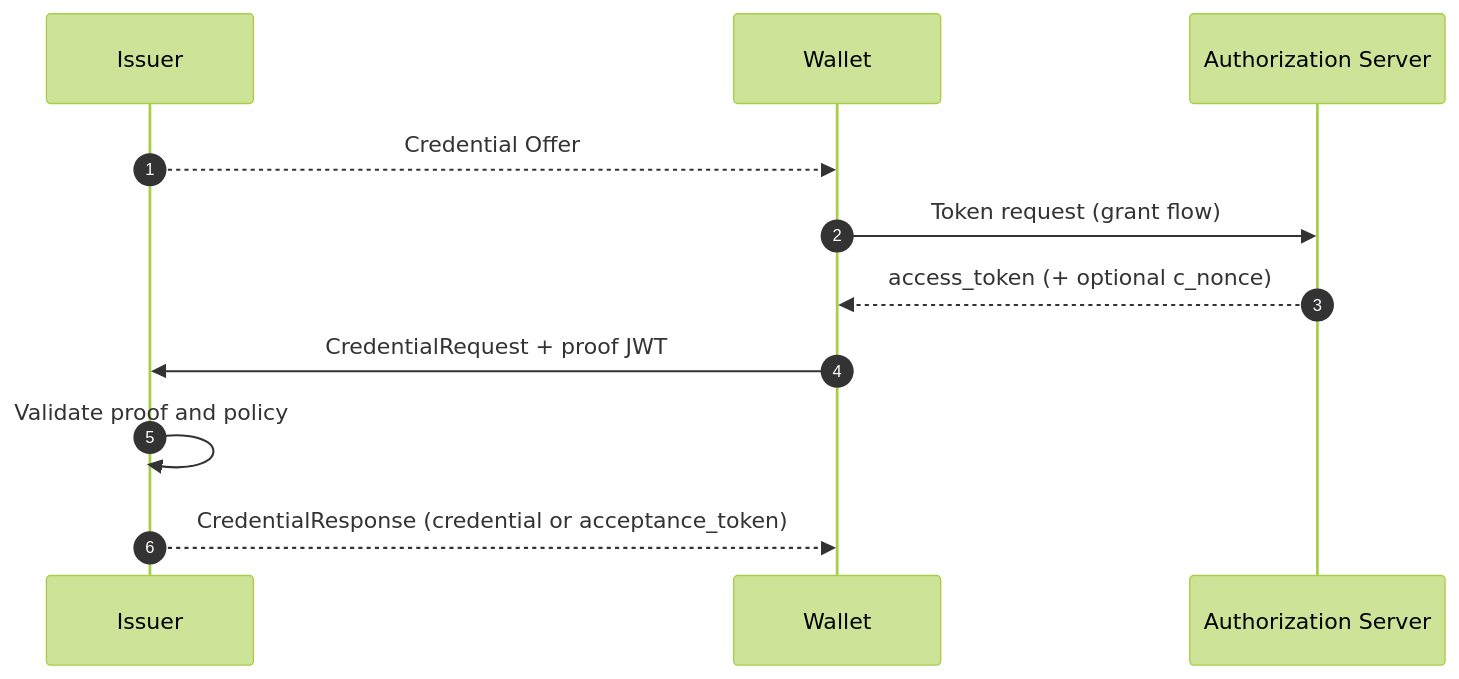
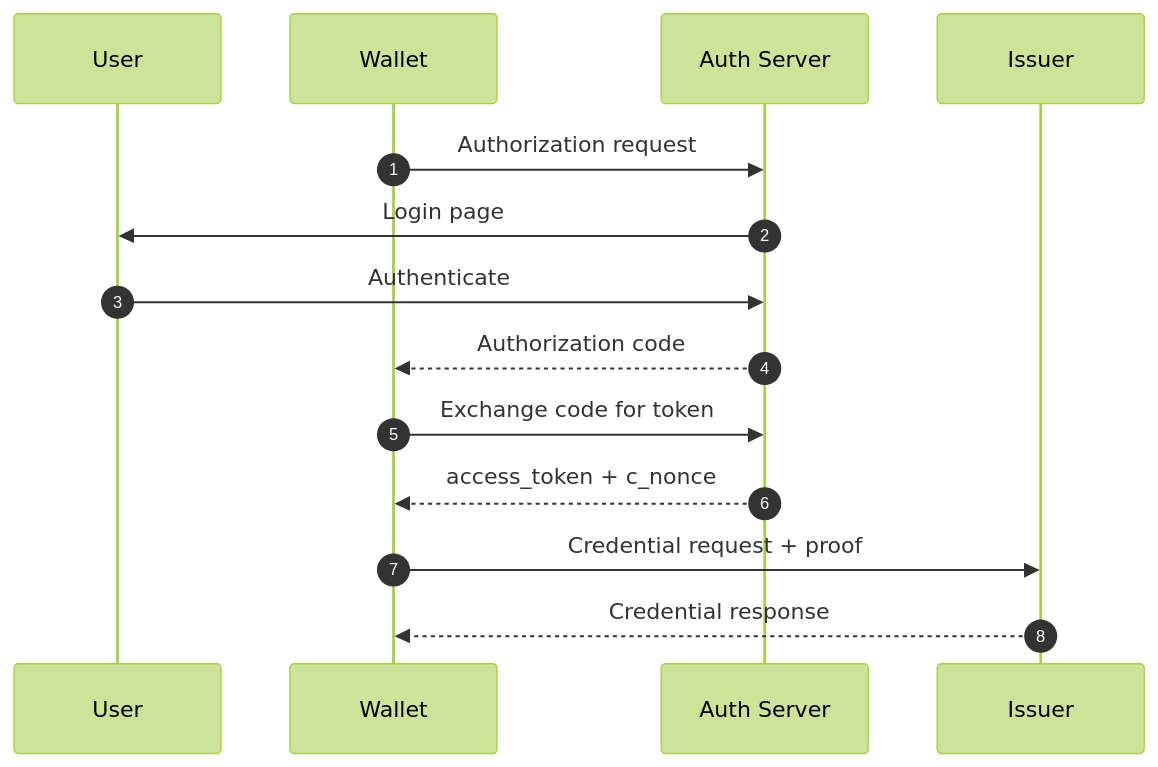
The third of 3 diagrams in docs/concepts/openid4vci-deep-dive.md (openwallet-foundation-labs/sd-jwt-dotnet), drawn with Mermaid (forest theme) before and after one commit. The commit also changed other lines of this file and 24 other files, not shown here.

````diff
--- a/docs/concepts/openid4vci-deep-dive.md
+++ b/docs/concepts/openid4vci-deep-dive.md
@@ -56,14 +118,17 @@
 ```mermaid
 sequenceDiagram
-  autonumber
-  participant Issuer
-  participant Wallet
-  participant AS as Authorization Server
+    autonumber
+    participant User
+    participant Wallet
+    participant AS as Auth Server
+    participant Issuer
 
-  Issuer-->>Wallet: Credential Offer
-  Wallet->>AS: Token request (grant flow)
-  AS-->>Wallet: access_token (+ optional c_nonce)
-  Wallet->>Issuer: CredentialRequest + proof JWT
-  Issuer->>Issuer: Validate proof and policy
-  Issuer-->>Wallet: CredentialResponse (credential or acceptance_token)
+    Wallet->>AS: Authorization request
+    AS->>User: Login page
+    User->>AS: Authenticate
+    AS-->>Wallet: Authorization code
+    Wallet->>AS: Exchange code for token
+    AS-->>Wallet: access_token + c_nonce
+    Wallet->>Issuer: Credential request + proof
+    Issuer-->>Wallet: Credential response
 ```
````
